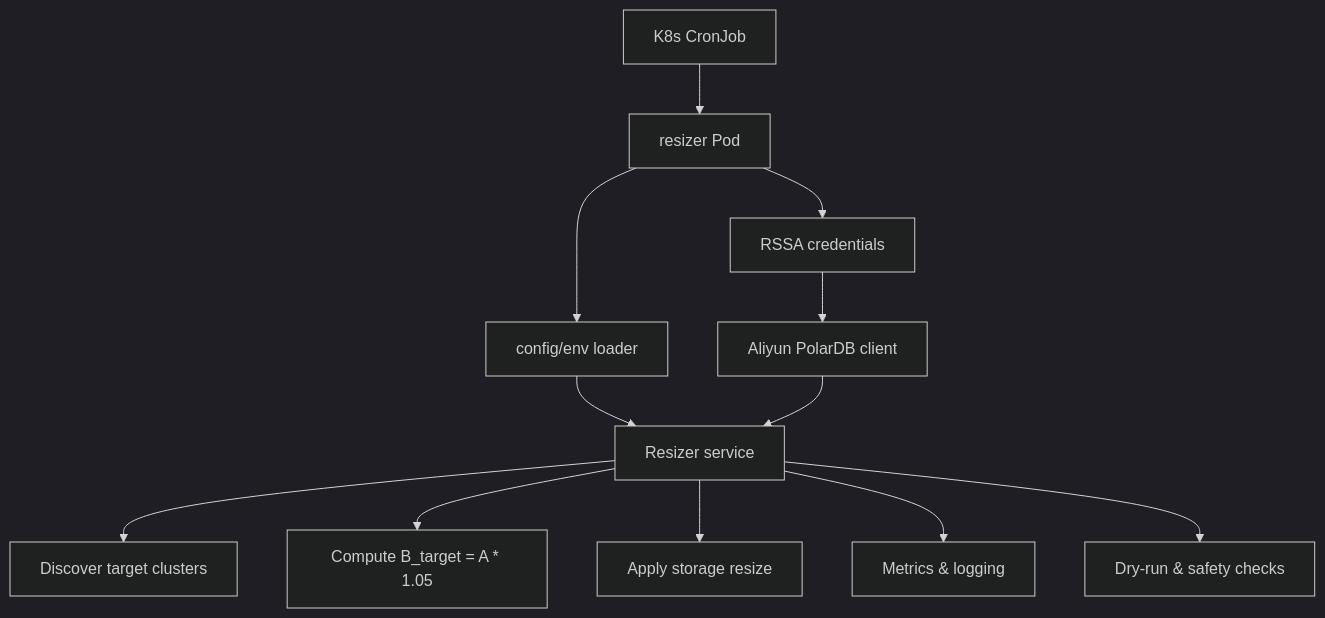
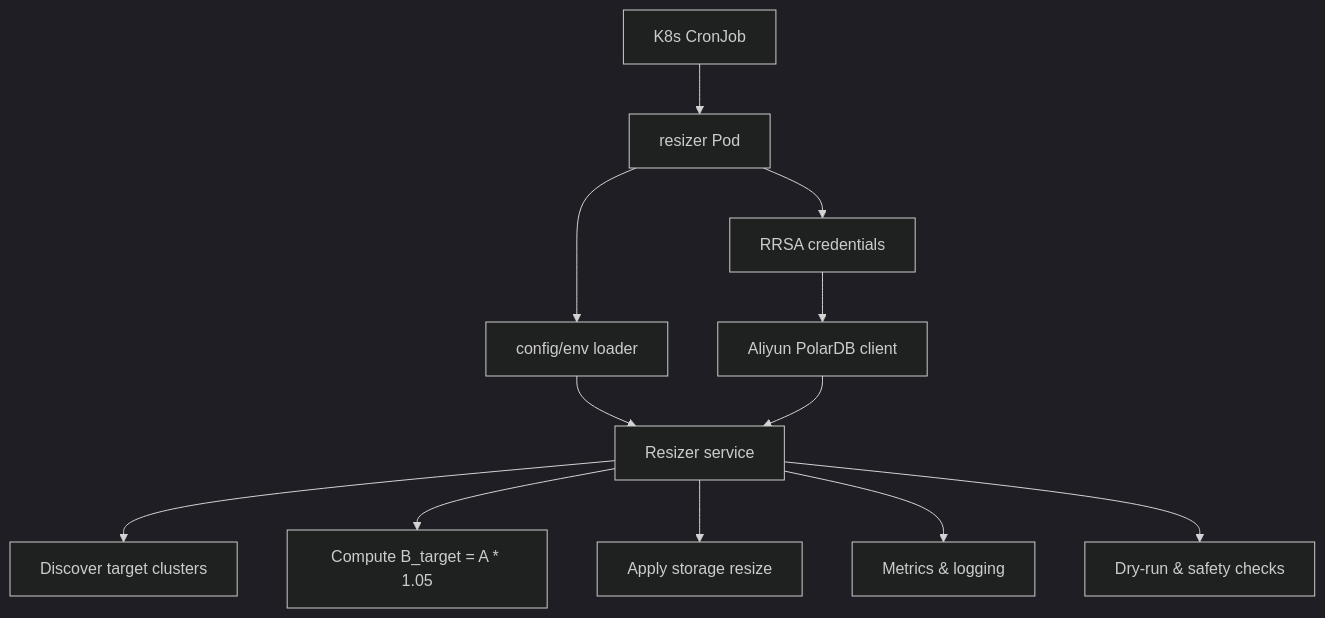
One commit to maskshell/polardb-storage-resizer changed the diagram in .cursor/plans/polardb-storage-resizer-prod.plan.md. Above: the diagram before and after it, drawn with Mermaid (dark theme). The commit also changed other lines of this file and 11 other files, not shown here.

Commit message:
docs: tag-conditioned RAM policy + RSSA→RRSA rename

````diff
--- a/.cursor/plans/polardb-storage-resizer-prod.plan.md
+++ b/.cursor/plans/polardb-storage-resizer-prod.plan.md
@@ -84,14 +84,14 @@
 ```mermaid
 flowchart TD
   cronJob[K8s CronJob] --> podRunner[resizer Pod]
   podRunner --> configLoader[config/env loader]
-  podRunner --> rssaCreds[RSSA credentials]
-  rssaCreds --> aliyunSDK[Aliyun PolarDB client]
+  podRunner --> rrsaCreds[RRSA credentials]
+  rrsaCreds --> aliyunSDK[Aliyun PolarDB client]
   configLoader --> resizerSvc[Resizer service]
   aliyunSDK --> resizerSvc
   resizerSvc --> discovery[Discover target clusters]
   resizerSvc --> strategy[Compute B_target = A * 1.05]
   resizerSvc --> executor[Apply storage resize]
   resizerSvc --> metrics[Metrics & logging]
   resizerSvc --> dryRun[Dry-run & safety checks]
 ```
````
